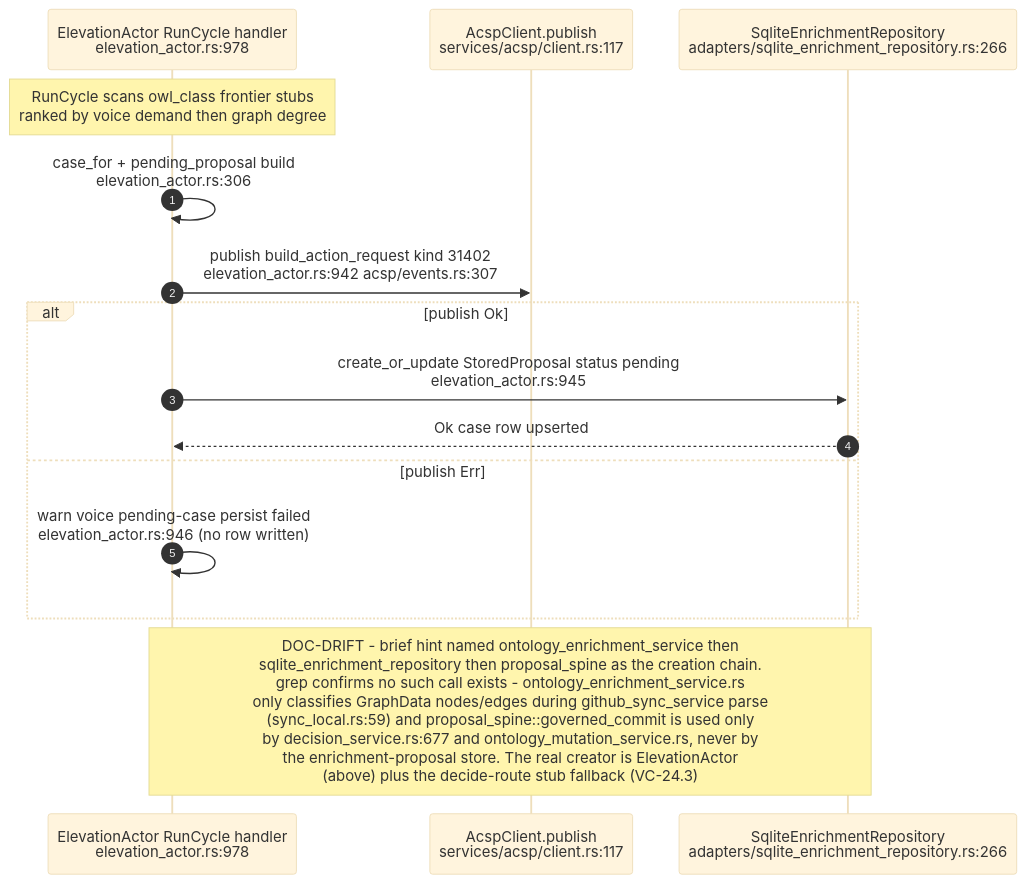
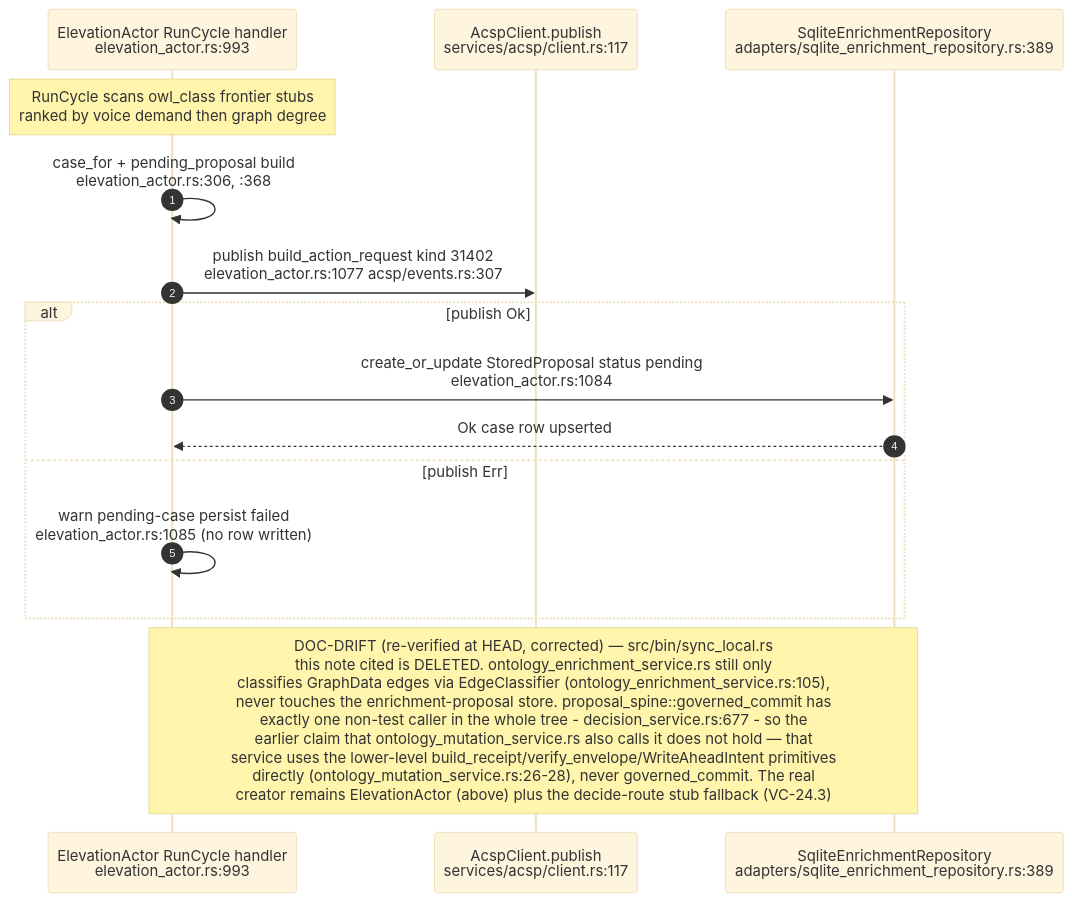
The second of 11 diagrams in docs/diagrams/visionclaw/24-acsp-decision-elevation.md (DreamLab-AI/VisionFlow), drawn with Mermaid (base theme) before and after one commit. The commit also changed other lines of this file and 136 other files, not shown here.

First line of the commit message:
docs(diagrams): refresh the whole corpus to code HEAD and prune low-value diagrams

````diff
--- a/docs/diagrams/visionclaw/24-acsp-decision-elevation.md
+++ b/docs/diagrams/visionclaw/24-acsp-decision-elevation.md
@@ -68,17 +65,17 @@
 ```mermaid
 sequenceDiagram
     autonumber
-    participant EA as ElevationActor RunCycle handler<br/>elevation_actor.rs:978
+    participant EA as ElevationActor RunCycle handler<br/>elevation_actor.rs:993
     participant ACSP as AcspClient.publish<br/>services/acsp/client.rs:117
-    participant REPO as SqliteEnrichmentRepository<br/>adapters/sqlite_enrichment_repository.rs:266
+    participant REPO as SqliteEnrichmentRepository<br/>adapters/sqlite_enrichment_repository.rs:389
     Note over EA: RunCycle scans owl_class frontier stubs<br/>ranked by voice demand then graph degree
-    EA->>EA: case_for + pending_proposal build<br/>elevation_actor.rs:306
-    EA->>ACSP: publish build_action_request kind 31402<br/>elevation_actor.rs:942 acsp/events.rs:307
+    EA->>EA: case_for + pending_proposal build<br/>elevation_actor.rs:306, :368
+    EA->>ACSP: publish build_action_request kind 31402<br/>elevation_actor.rs:1077 acsp/events.rs:307
     alt publish Ok
-        EA->>REPO: create_or_update StoredProposal status pending<br/>elevation_actor.rs:945
+        EA->>REPO: create_or_update StoredProposal status pending<br/>elevation_actor.rs:1084
         REPO-->>EA: Ok case row upserted
     else publish Err
-        EA->>EA: warn voice pending-case persist failed<br/>elevation_actor.rs:946 (no row written)
+        EA->>EA: warn pending-case persist failed<br/>elevation_actor.rs:1085 (no row written)
     end
-    Note over EA,REPO: DOC-DRIFT - brief hint named ontology_enrichment_service then<br/>sqlite_enrichment_repository then proposal_spine as the creation chain.<br/>grep confirms no such call exists - ontology_enrichment_service.rs<br/>only classifies GraphData nodes/edges during github_sync_service parse<br/>(sync_local.rs:59) and proposal_spine::governed_commit is used only<br/>by decision_service.rs:677 and ontology_mutation_service.rs, never by<br/>the enrichment-proposal store. The real creator is ElevationActor<br/>(above) plus the decide-route stub fallback (VC-24.3)
+    Note over EA,REPO: DOC-DRIFT (re-verified at HEAD, corrected) — src/bin/sync_local.rs<br/>this note cited is DELETED. ontology_enrichment_service.rs still only<br/>classifies GraphData edges via EdgeClassifier (ontology_enrichment_service.rs:105),<br/>never touches the enrichment-proposal store. proposal_spine::governed_commit has<br/>exactly one non-test caller in the whole tree - decision_service.rs:677 - so the<br/>earlier claim that ontology_mutation_service.rs also calls it does not hold — that<br/>service uses the lower-level build_receipt/verify_envelope/WriteAheadIntent primitives<br/>directly (ontology_mutation_service.rs:26-28), never governed_commit. The real<br/>creator remains ElevationActor (above) plus the decide-route stub fallback (VC-24.3)
 ```
````
